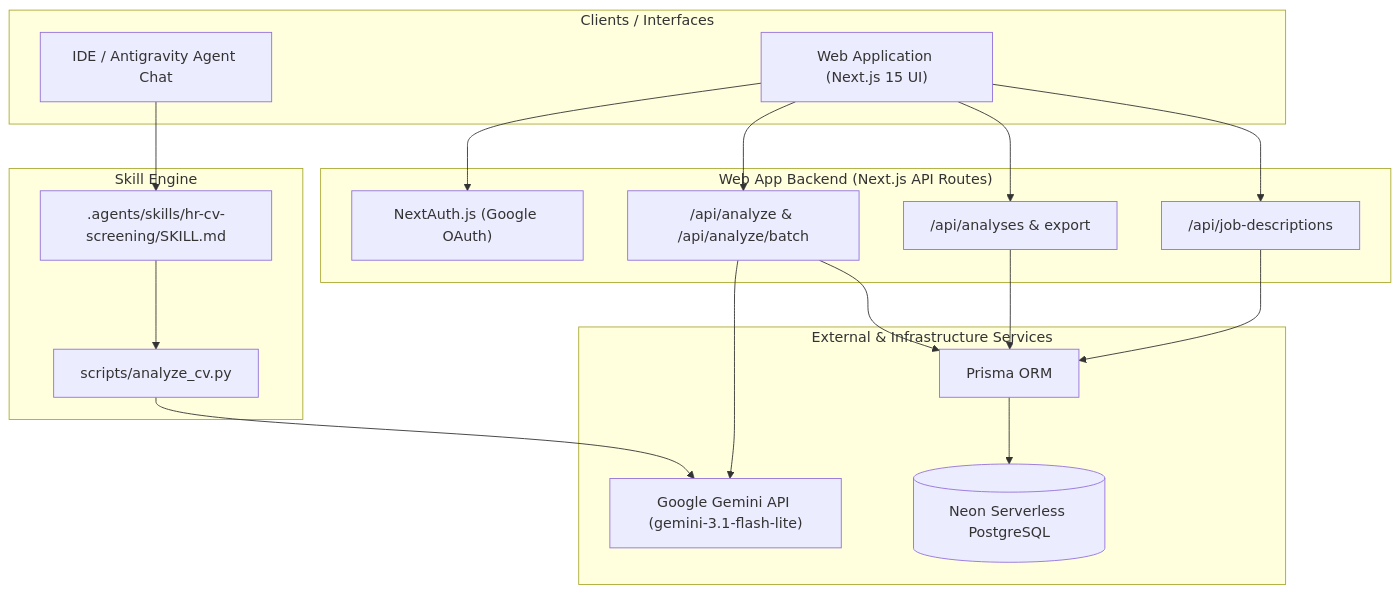
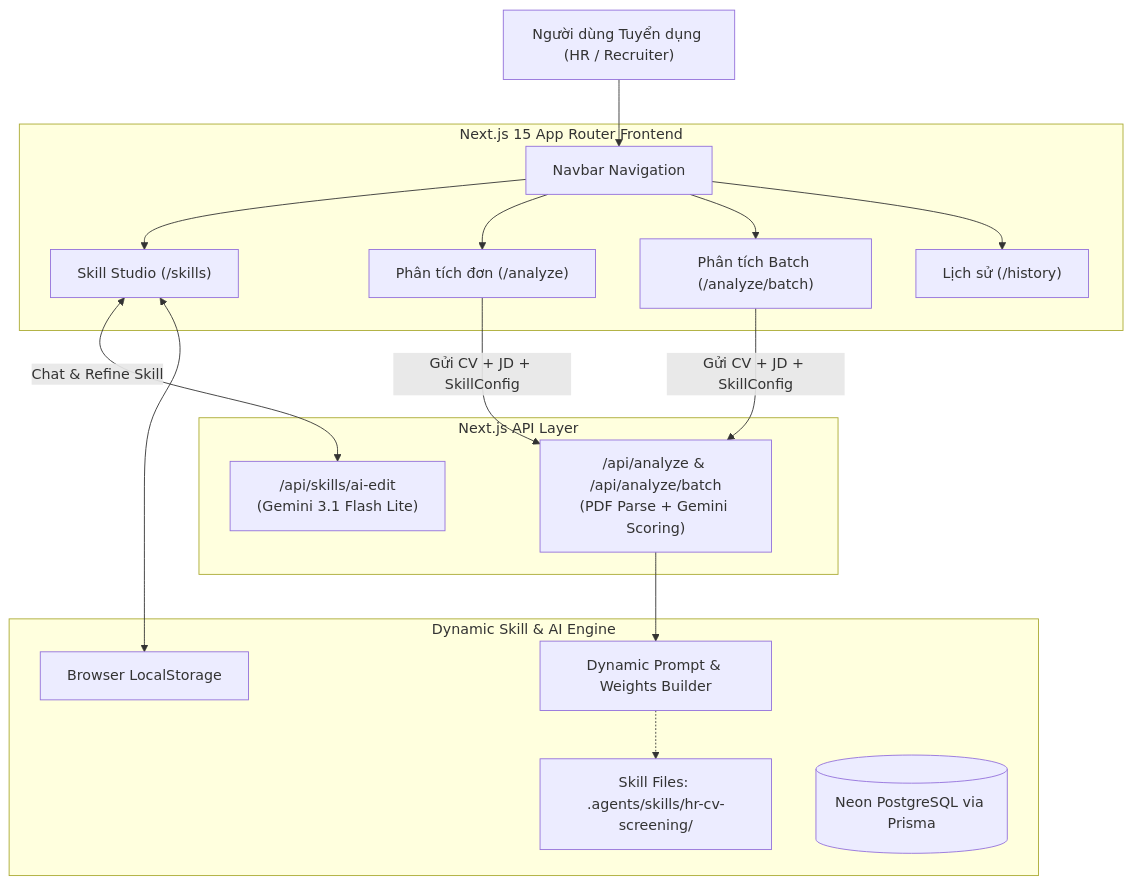
Before and after one commit to Nhthuando/HiLab-HR: the diagram in docs/architecture.md, drawn with Mermaid. The commit also changed other lines of this file and 26 other files, not shown here.

````diff
--- a/docs/architecture.md
+++ b/docs/architecture.md
@@ -13,41 +5,34 @@
 ```mermaid
 graph TD
-    subgraph "Clients / Interfaces"
-        IDE["IDE / Antigravity Agent Chat"]
-        WebUI["Web Application (Next.js 15 UI)"]
+    User["Người dùng Tuyển dụng (HR / Recruiter)"]
+    
+    subgraph Frontend ["Next.js 15 App Router Frontend"]
+        Nav["Navbar Navigation"]
+        PageStudio["Skill Studio (/skills)"]
+        PageSingle["Phân tích đơn (/analyze)"]
+        PageBatch["Phân tích Batch (/analyze/batch)"]
+        PageHistory["Lịch sử (/history)"]
     end
 
-    subgraph "Skill Engine"
-        SkillSpec[".agents/skills/hr-cv-screening/SKILL.md"]
-        PyScript["scripts/analyze_cv.py"]
+    subgraph API ["Next.js API Layer"]
+        API_AICopilot["/api/skills/ai-edit\n(Gemini 3.1 Flash Lite)"]
+        API_Analyze["/api/analyze & /api/analyze/batch\n(PDF Parse + Gemini Scoring)"]
     end
 
-    subgraph "Web App Backend (Next.js API Routes)"
-        Auth["NextAuth.js (Google OAuth)"]
-        AnalyzeRoute["/api/analyze & /api/analyze/batch"]
-        AnalysesRoute["/api/analyses & export"]
-        JDRoute["/api/job-descriptions"]
+    subgraph CoreEngine ["Dynamic Skill & AI Engine"]
+        SkillFiles["Skill Files: .agents/skills/hr-cv-screening/"]
+        DynamicPrompt["Dynamic Prompt & Weights Builder"]
+        LocalStorageState["Browser LocalStorage"]
+        NeonDB[("Neon PostgreSQL via Prisma")]
     end
 
-    subgraph "External & Infrastructure Services"
-        GeminiAPI["Google Gemini API (gemini-3.1-flash-lite)"]
-        NeonDB[("Neon Serverless PostgreSQL")]
-        PrismaORM["Prisma ORM"]
-    end
+    User --> Nav
+    Nav --> PageStudio & PageSingle & PageBatch & PageHistory
 
-    %% Client Interactions
-    IDE --> SkillSpec
-    SkillSpec --> PyScript
-    PyScript --> GeminiAPI
-
-    WebUI --> Auth
-    WebUI --> AnalyzeRoute
-    WebUI --> AnalysesRoute
-    WebUI --> JDRoute
-
-    AnalyzeRoute --> GeminiAPI
-    AnalyzeRoute --> PrismaORM
-    AnalysesRoute --> PrismaORM
-    JDRoute --> PrismaORM
-    PrismaORM --> NeonDB
+    PageStudio <-->|Chat & Refine Skill| API_AICopilot
+    PageStudio <--> LocalStorageState
+    
+    PageSingle & PageBatch -->|Gửi CV + JD + SkillConfig| API_Analyze
+    API_Analyze --> DynamicPrompt
+    DynamicPrompt -.-> SkillFiles
 ```
````
